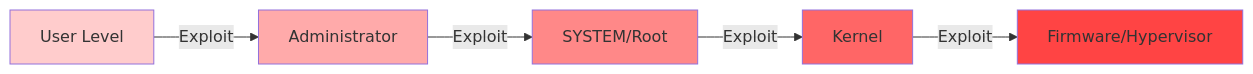
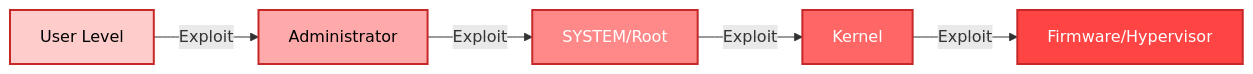
Before and after one commit to NovusAevum/apt-adversarial-operations: the fifth of 9 diagrams in README.md, drawn with Mermaid. The commit also changed other lines of this file and 2 other files, not shown here.

````diff
--- a/README.md
+++ b/README.md
@@ -268,13 +242,13 @@
 ```mermaid
 graph LR
     A[User Level] -->|Exploit| B[Administrator]
     B -->|Exploit| C[SYSTEM/Root]
     C -->|Exploit| D[Kernel]
     D -->|Exploit| E[Firmware/Hypervisor]
     
-    style A fill:#ffcccc
-    style B fill:#ffaaaa
-    style C fill:#ff8888
-    style D fill:#ff6666
-    style E fill:#ff4444
+    style A fill:#ffcccc,stroke:#c62828,stroke-width:2px,color:#000
+    style B fill:#ffaaaa,stroke:#c62828,stroke-width:2px,color:#000
+    style C fill:#ff8888,stroke:#c62828,stroke-width:2px,color:#fff
+    style D fill:#ff6666,stroke:#c62828,stroke-width:2px,color:#fff
+    style E fill:#ff4444,stroke:#c62828,stroke-width:2px,color:#fff
 ```
````
